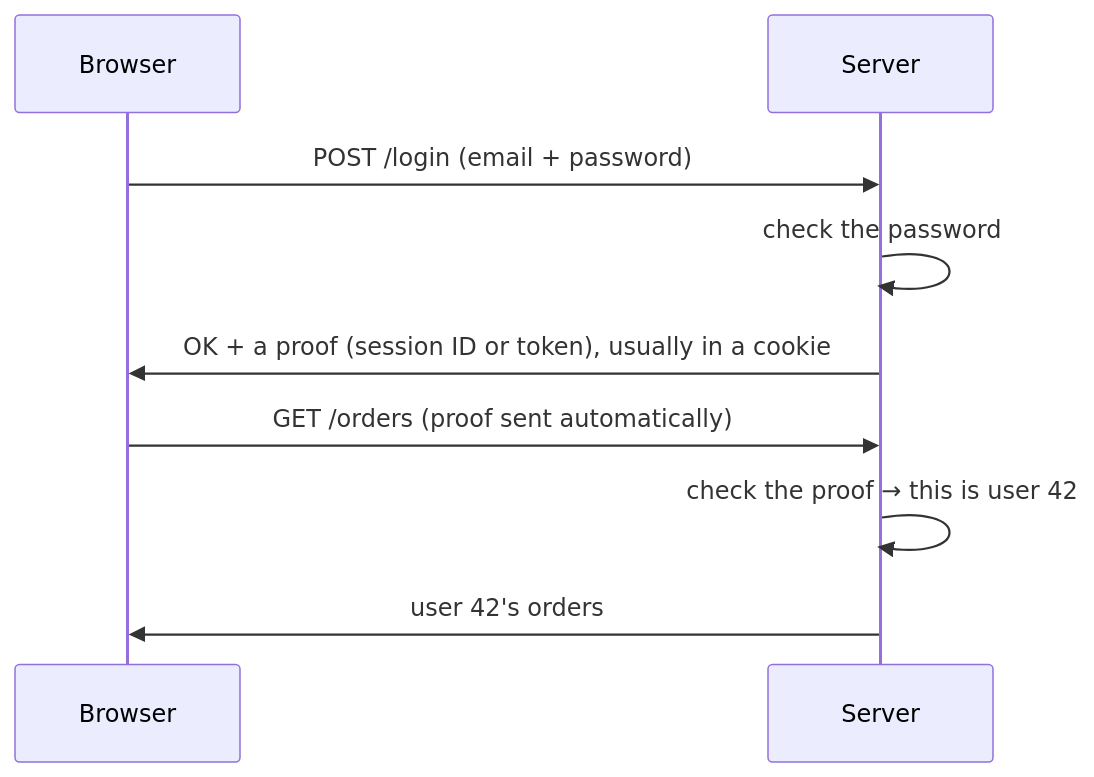
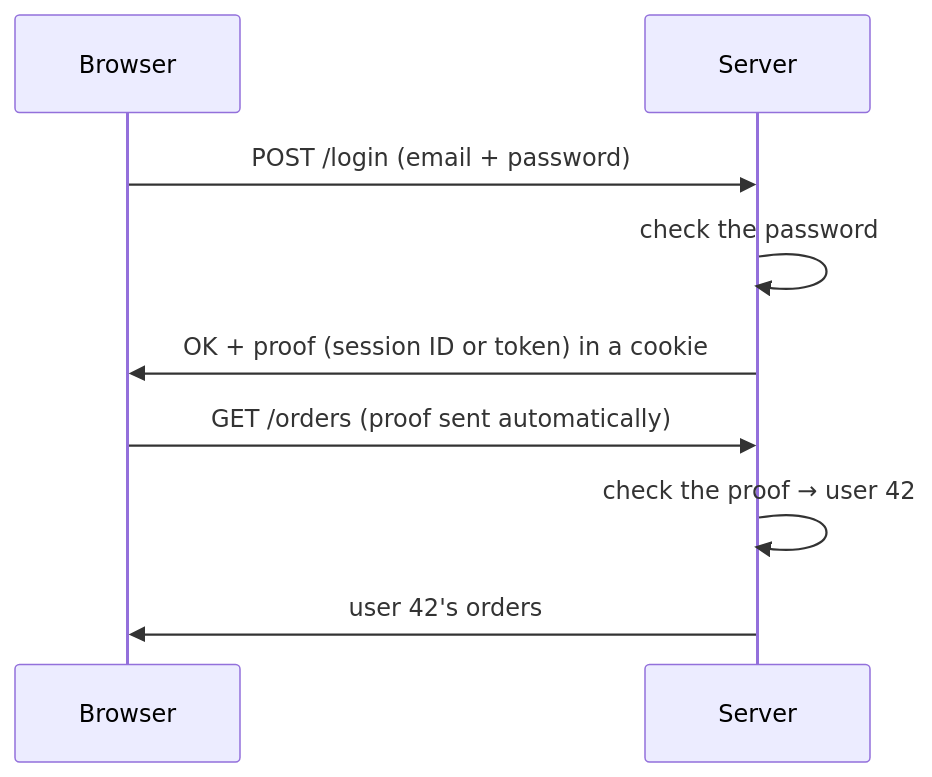
One commit to sathsure/Tech-Mastery-Hub changed the diagram in interview/under-the-hood/15-Staying-Logged-In-Cookies-Sessions-JWT.md. Above: the diagram before and after it, drawn with Mermaid. The commit also changed other lines of this file and 69 other files, not shown here.

````diff
--- a/interview/under-the-hood/15-Staying-Logged-In-Cookies-Sessions-JWT.md
+++ b/interview/under-the-hood/15-Staying-Logged-In-Cookies-Sessions-JWT.md
@@ -9,11 +29,11 @@
 ```mermaid
 sequenceDiagram
   participant B as Browser
   participant S as Server
   B->>S: POST /login (email + password)
   S->>S: check the password
-  S->>B: OK + a proof (session ID or token), usually in a cookie
+  S->>B: OK + proof (session ID or token) in a cookie
   B->>S: GET /orders (proof sent automatically)
-  S->>S: check the proof → this is user 42
+  S->>S: check the proof → user 42
   S->>B: user 42's orders
 ```
````
